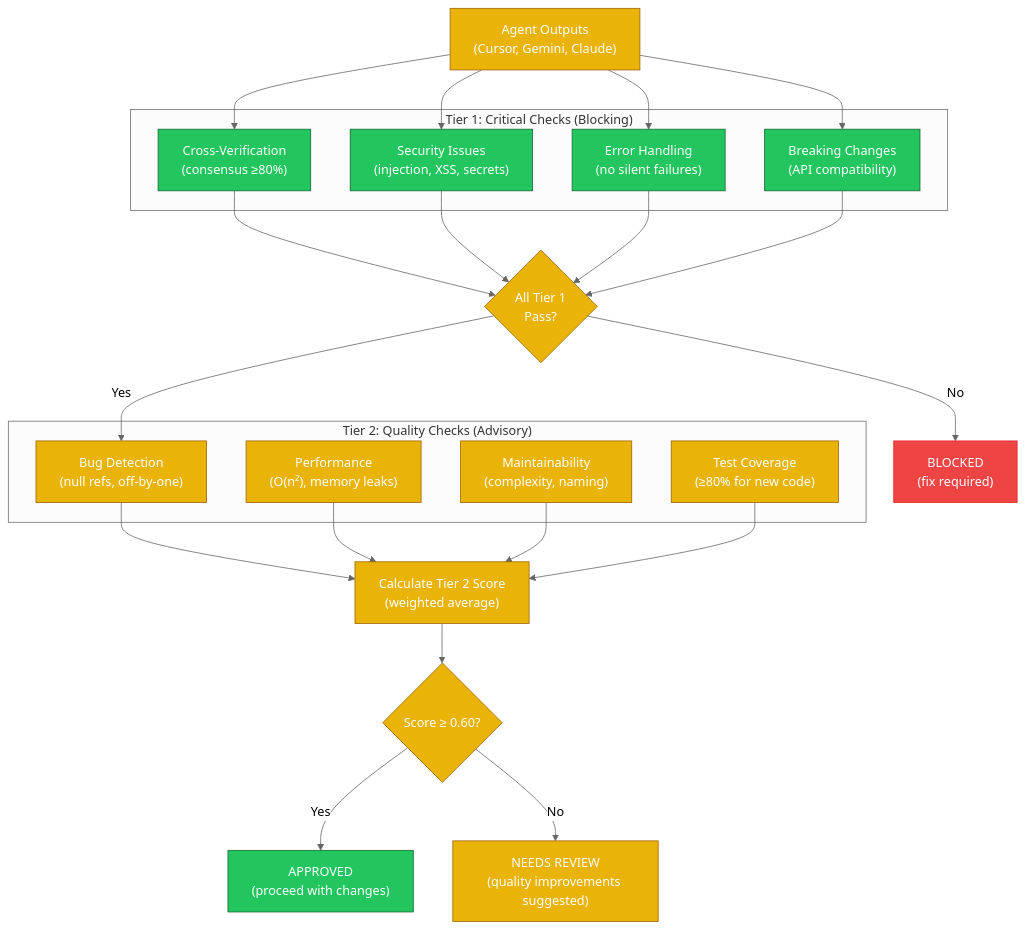
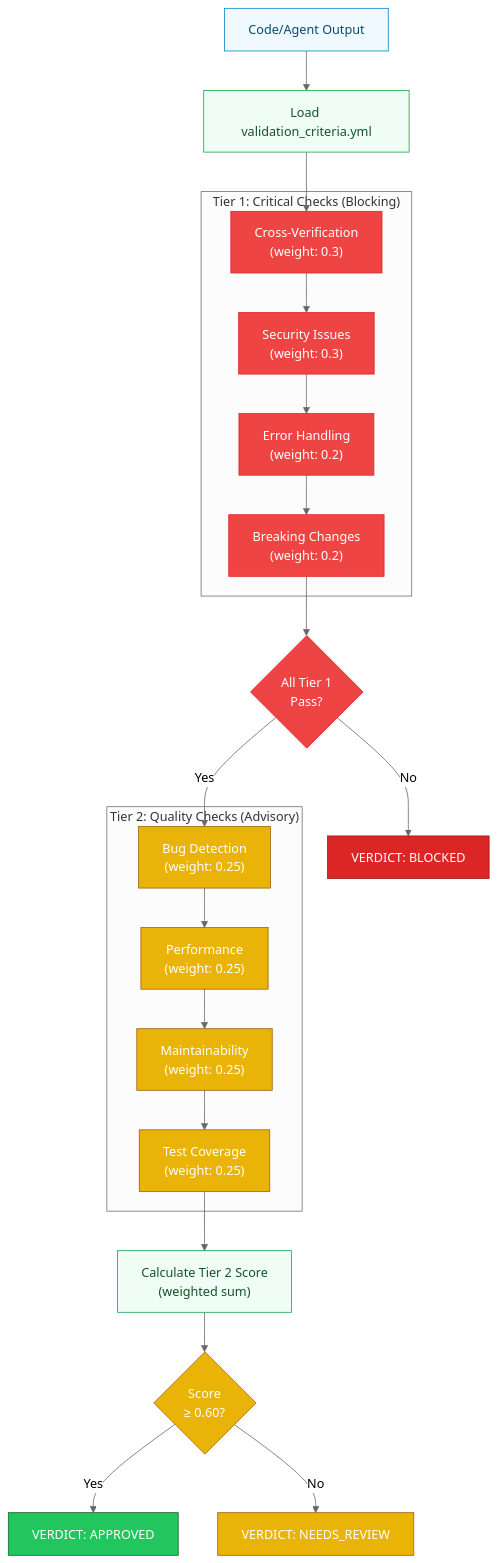
One commit to RB-chrismandich/Manifest changed the sixth of 10 diagrams in docs/ARCHITECTURE_DIAGRAMS.md. Above: the diagram before and after it, drawn with Mermaid. The commit also changed other lines of this file and 24 other files, not shown here.

````diff
--- a/docs/ARCHITECTURE_DIAGRAMS.md
+++ b/docs/ARCHITECTURE_DIAGRAMS.md
@@ -349,55 +434,56 @@
 ```mermaid
 %%{init: {'theme':'neutral'}}%%
 flowchart TD
-    classDef active fill:#22c55e,stroke:#166534,color:#fff
-    classDef pending fill:#eab308,stroke:#a16207,color:#fff
-    classDef error fill:#ef4444,stroke:#dc2626,color:#fff
+    classDef input fill:#f0f9ff,stroke:#0284c7,color:#0c4a6e
+    classDef tier1 fill:#ef4444,stroke:#dc2626,color:#fff
+    classDef tier2 fill:#eab308,stroke:#a16207,color:#fff
+    classDef process fill:#f0fdf4,stroke:#16a34a,color:#14532d
+    classDef success fill:#22c55e,stroke:#166534,color:#fff
+    classDef blocked fill:#dc2626,stroke:#991b1b,color:#fff
 
-    START["Agent Outputs<br/>(Cursor, Gemini, Claude)"]:::pending
+    CODE["Code/Agent Output"]:::input
+    LOAD_CRITERIA["Load validation_criteria.yml"]:::process
 
     subgraph "Tier 1: Critical Checks (Blocking)"
-        T1_CROSS["Cross-Verification<br/>(consensus ≥80%)"]:::active
-        T1_SEC["Security Issues<br/>(injection, XSS, secrets)"]:::active
-        T1_ERR["Error Handling<br/>(no silent failures)"]:::active
-        T1_BREAK["Breaking Changes<br/>(API compatibility)"]:::active
+        CROSS_VERIFY["Cross-Verification<br/>(weight: 0.3)"]:::tier1
+        SECURITY["Security Issues<br/>(weight: 0.3)"]:::tier1
+        ERROR_HANDLE["Error Handling<br/>(weight: 0.2)"]:::tier1
+        BREAKING["Breaking Changes<br/>(weight: 0.2)"]:::tier1
     end
 
-    T1_PASS{"All Tier 1<br/>Pass?"}:::pending
-    T1_BLOCK["BLOCKED<br/>(fix required)"]:::error
+    TIER1_CHECK{"All Tier 1<br/>Pass?"}:::tier1
+    BLOCKED_VERDICT["VERDICT: BLOCKED"]:::blocked
 
     subgraph "Tier 2: Quality Checks (Advisory)"
-        T2_BUG["Bug Detection<br/>(null refs, off-by-one)"]:::pending
-        T2_PERF["Performance<br/>(O(n²), memory leaks)"]:::pending
-        T2_MAINT["Maintainability<br/>(complexity, naming)"]:::pending
-        T2_TEST["Test Coverage<br/>(≥80% for new code)"]:::pending
+        BUG_DETECT["Bug Detection<br/>(weight: 0.25)"]:::tier2
+        PERFORMANCE["Performance<br/>(weight: 0.25)"]:::tier2
+        MAINTAIN["Maintainability<br/>(weight: 0.25)"]:::tier2
+        TEST_COV["Test Coverage<br/>(weight: 0.25)"]:::tier2
     end
 
-    T2_SCORE["Calculate Tier 2 Score<br/>(weighted average)"]:::pending
-    T2_THRESH{"Score ≥ 0.60?"}:::pending
+    TIER2_SCORE["Calculate Tier 2 Score<br/>(weighted sum)"]:::process
 
-    APPROVED["APPROVED<br/>(proceed with changes)"]:::active
-    NEEDS_REVIEW["NEEDS REVIEW<br/>(quality improvements suggested)"]:::pending
+    TIER2_CHECK{"Score<br/>≥ 0.60?"}:::tier2
 
-    START --> T1_CROSS
-    START --> T1_SEC
-    START --> T1_ERR
-    START --> T1_BREAK
+    APPROVED["VERDICT: APPROVED"]:::success
+    NEEDS_REVIEW["VERDICT: NEEDS_REVIEW"]:::tier2
 
-    T1_CROSS --> T1_PASS
-    T1_SEC --> T1_PASS
-    T1_ERR --> T1_PASS
-    T1_BREAK --> T1_PASS
+    CODE --> LOAD_CRITERIA
+    LOAD_CRITERIA --> CROSS_VERIFY
+    CROSS_VERIFY --> SECURITY
+    SECURITY --> ERROR_HANDLE
+    ERROR_HANDLE --> BREAKING
+    BREAKING --> TIER1_CHECK
 
-    T1_PASS -->|No| T1_BLOCK
-    T1_PASS -->|Yes| T2_BUG
+    TIER1_CHECK -->|Yes| BUG_DETECT
+    TIER1_CHECK -->|No| BLOCKED_VERDICT
 
-    T2_BUG --> T2_SCORE
-    T2_PERF --> T2_SCORE
-    T2_MAINT --> T2_SCORE
-    T2_TEST --> T2_SCORE
+    BUG_DETECT --> PERFORMANCE
+    PERFORMANCE --> MAINTAIN
+    MAINTAIN --> TEST_COV
+    TEST_COV --> TIER2_SCORE
+    TIER2_SCORE --> TIER2_CHECK
 
-    T2_SCORE --> T2_THRESH
-
-    T2_THRESH -->|Yes| APPROVED
-    T2_THRESH -->|No| NEEDS_REVIEW
+    TIER2_CHECK -->|Yes| APPROVED
+    TIER2_CHECK -->|No| NEEDS_REVIEW
 ```
````
